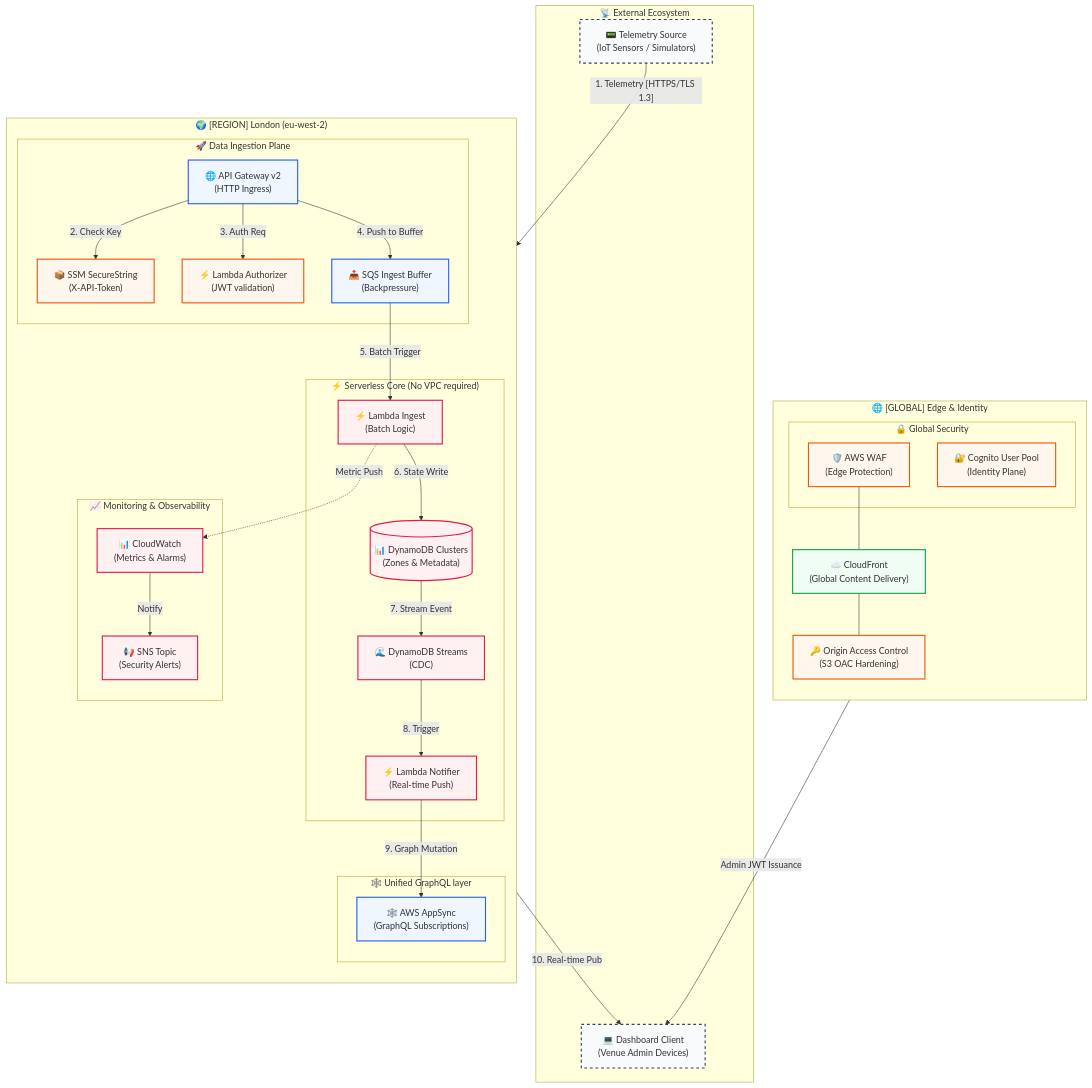
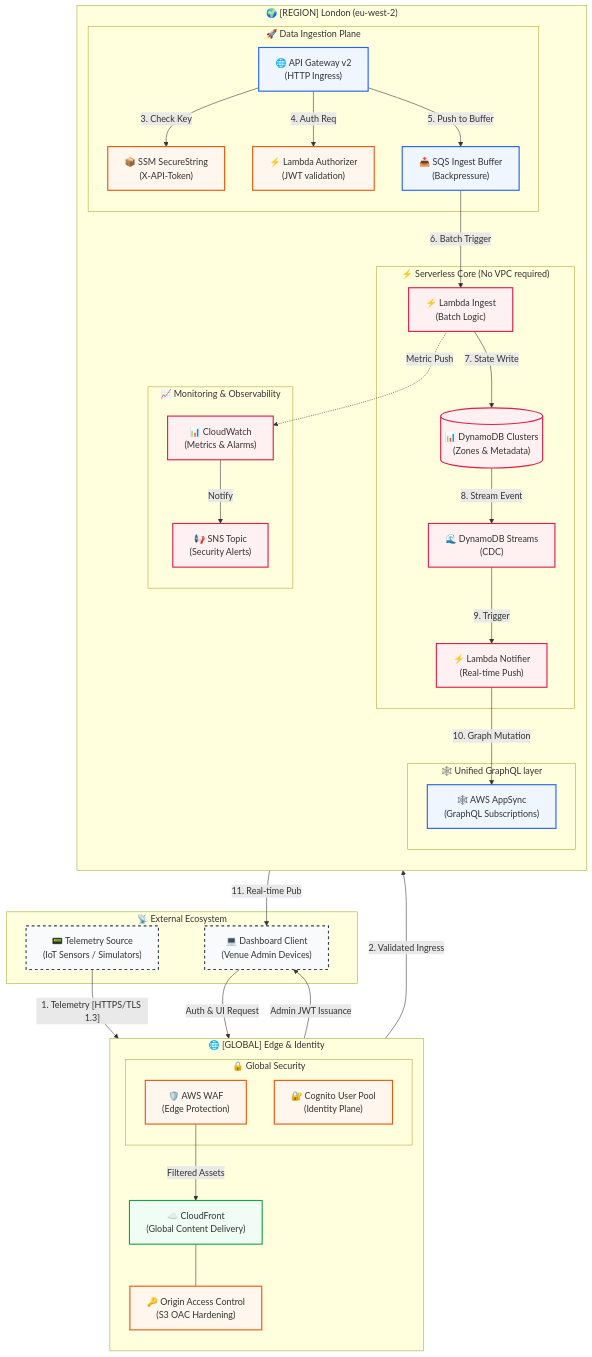
Before and after one commit to sakaroncloud/Crowd-Management: the diagram in README.md, drawn with Mermaid. The commit also changed 8 other files, not shown here.

First line of the commit message:
feat: complete WAF request flow integration in documentation and code

````diff
--- a/README.md
+++ b/README.md
@@ -18,80 +18,82 @@
 ```mermaid
 flowchart TB
     %% External Entities
     subgraph "📡 External Ecosystem"
         TS["📟 Telemetry Source<br/>(IoT Sensors / Simulators)"]
         ADMIN["💻 Dashboard Client<br/>(Venue Admin Devices)"]
     end
 
     %% Global Services
     subgraph "🌐 [GLOBAL] Edge & Identity"
         direction TB
         subgraph "🔒 Global Security"
             WAF["🛡️ AWS WAF<br/>(Edge Protection)"]
             COG["🔐 Cognito User Pool<br/>(Identity Plane)"]
         end
         CF["☁️ CloudFront<br/>(Global Content Delivery)"]
         OAC["🔑 Origin Access Control<br/>(S3 OAC Hardening)"]
     end
 
     %% Regional Services
     subgraph "🌍 [REGION] London (eu-west-2)"
         direction TB
         
         %% NO VPC demarcated by lack of VPC box, but logically grouped
         subgraph "🚀 Data Ingestion Plane"
             APIG["🌐 API Gateway v2<br/>(HTTP Ingress)"]
             AUTH["⚡ Lambda Authorizer<br/>(JWT validation)"]
             SSM["📦 SSM SecureString<br/>(X-API-Token)"]
             SQS["📥 SQS Ingest Buffer<br/>(Backpressure)"]
         end
 
         subgraph "⚡ Serverless Core (No VPC required)"
             L-INGEST["⚡ Lambda Ingest<br/>(Batch Logic)"]
             DDB[("📊 DynamoDB Clusters<br/>(Zones & Metadata)")]
             STREAM["🌊 DynamoDB Streams<br/>(CDC)"]
             L-NOTIFY["⚡ Lambda Notifier<br/>(Real-time Push)"]
         end
 
         subgraph "🕸️ Unified GraphQL layer"
             AS["🕸️ AWS AppSync<br/>(GraphQL Subscriptions)"]
         end
         
         subgraph "📈 Monitoring & Observability"
             CW["📊 CloudWatch<br/>(Metrics & Alarms)"]
             SNS["📢 SNS Topic<br/>(Security Alerts)"]
         end
     end
 
     %% Data Flow (Zero to End)
-    TS -- "1. Telemetry [HTTPS/TLS 1.3]" --> APIG
-    APIG -- "2. Check Key" --> SSM
-    APIG -- "3. Auth Req" --> AUTH
-    APIG -- "4. Push to Buffer" --> SQS
-    SQS -- "5. Batch Trigger" --> L-INGEST
-    L-INGEST -- "6. State Write" --> DDB
-    DDB -- "7. Stream Event" --> STREAM
-    STREAM -- "8. Trigger" --> L-NOTIFY
-    L-NOTIFY -- "9. Graph Mutation" --> AS
-    AS -- "10. Real-time Pub" --> ADMIN
+    TS -- "1. Telemetry [HTTPS/TLS 1.3]" --> WAF
+    WAF -- "2. Validated Ingress" --> APIG
+    APIG -- "3. Check Key" --> SSM
+    APIG -- "4. Auth Req" --> AUTH
+    APIG -- "5. Push to Buffer" --> SQS
+    SQS -- "6. Batch Trigger" --> L-INGEST
+    L-INGEST -- "7. State Write" --> DDB
+    DDB -- "8. Stream Event" --> STREAM
+    STREAM -- "9. Trigger" --> L-NOTIFY
+    L-NOTIFY -- "10. Graph Mutation" --> AS
+    AS -- "11. Real-time Pub" --> ADMIN
 
     %% Security & Management Links
-    WAF --- CF
+    ADMIN -- "Auth & UI Request" --> WAF
+    WAF -- "Filtered Assets" --> CF
     CF --- OAC
     COG -- "Admin JWT Issuance" --> ADMIN
     L-INGEST -. "Metric Push" .-> CW
     CW -- "Notify" --> SNS
 
     %% Visual Styling
     classDef edge fill:#f8fafc,stroke:#334155,stroke-width:2px,stroke-dasharray: 5 5;
     classDef regional fill:#eff6ff,stroke:#2563eb,stroke-width:2px;
     classDef global fill:#f0fdf4,stroke:#16a34a,stroke-width:2px;
     classDef compute fill:#fff1f2,stroke:#e11d48,stroke-width:2px;
     classDef security fill:#fff7ed,stroke:#ea580c,stroke-width:2px;
     
     class TS,ADMIN edge;
     class WAF,COG,AUTH,SSM,OAC security;
     class APIG,SQS,AS regional;
     class CF global;
     class L-INGEST,L-NOTIFY,DDB,STREAM,CW,SNS compute;
 ```
````
